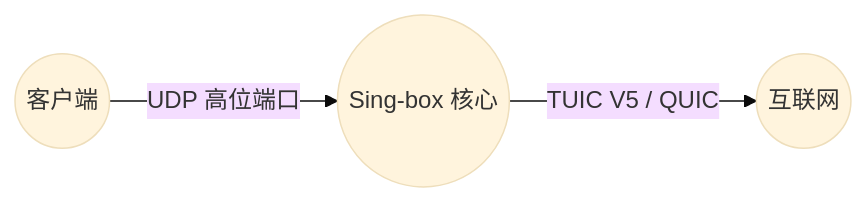
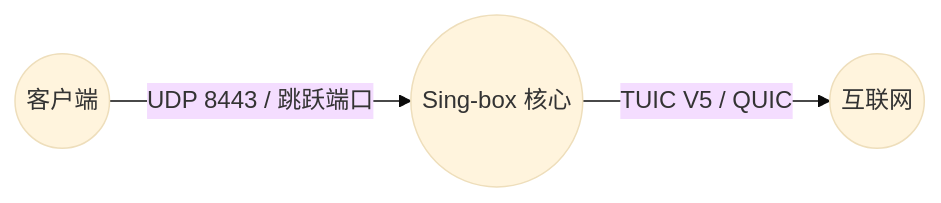
The third of 14 diagrams in docker/sb-xray/docs/02-protocols-and-security.md (currycan/key), drawn with Mermaid (base theme) before and after one commit. The commit also changed other lines of this file and 1 other file, not shown here.

````diff
--- a/docker/sb-xray/docs/02-protocols-and-security.md
+++ b/docker/sb-xray/docs/02-protocols-and-security.md
@@ -158,5 +184,5 @@
 ```mermaid
 graph LR
-    User((客户端)) -- "UDP 高位端口" --> Singbox(("Sing-box 核心"))
+    User((客户端)) -- "UDP 8443 / 跳跃端口" --> Singbox(("Sing-box 核心"))
     Singbox -- "TUIC V5 / QUIC" --> Internet((互联网))
 ```
````
